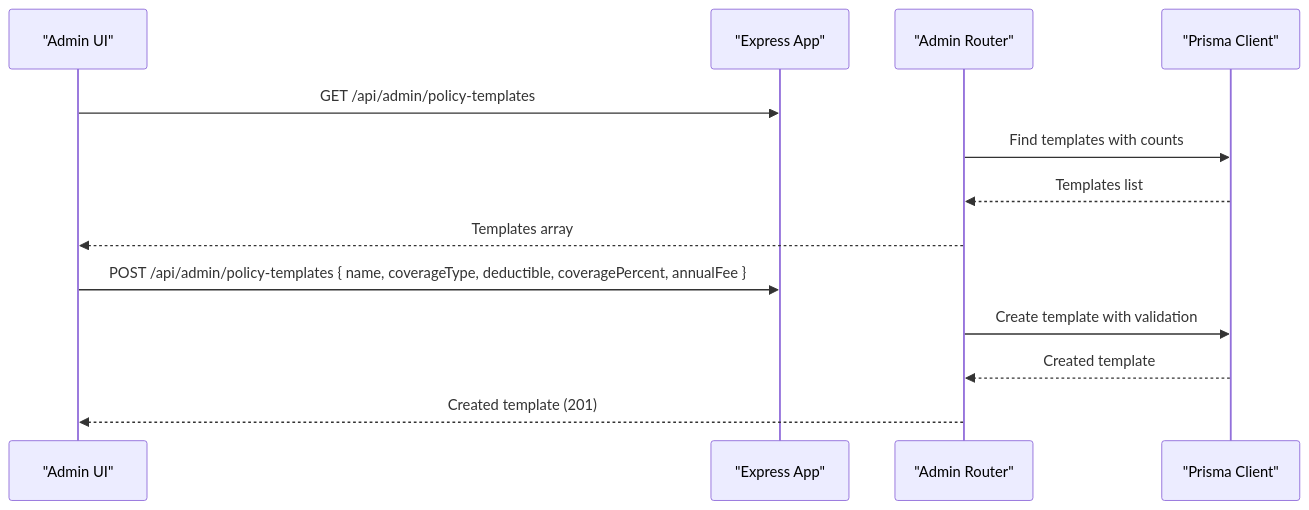
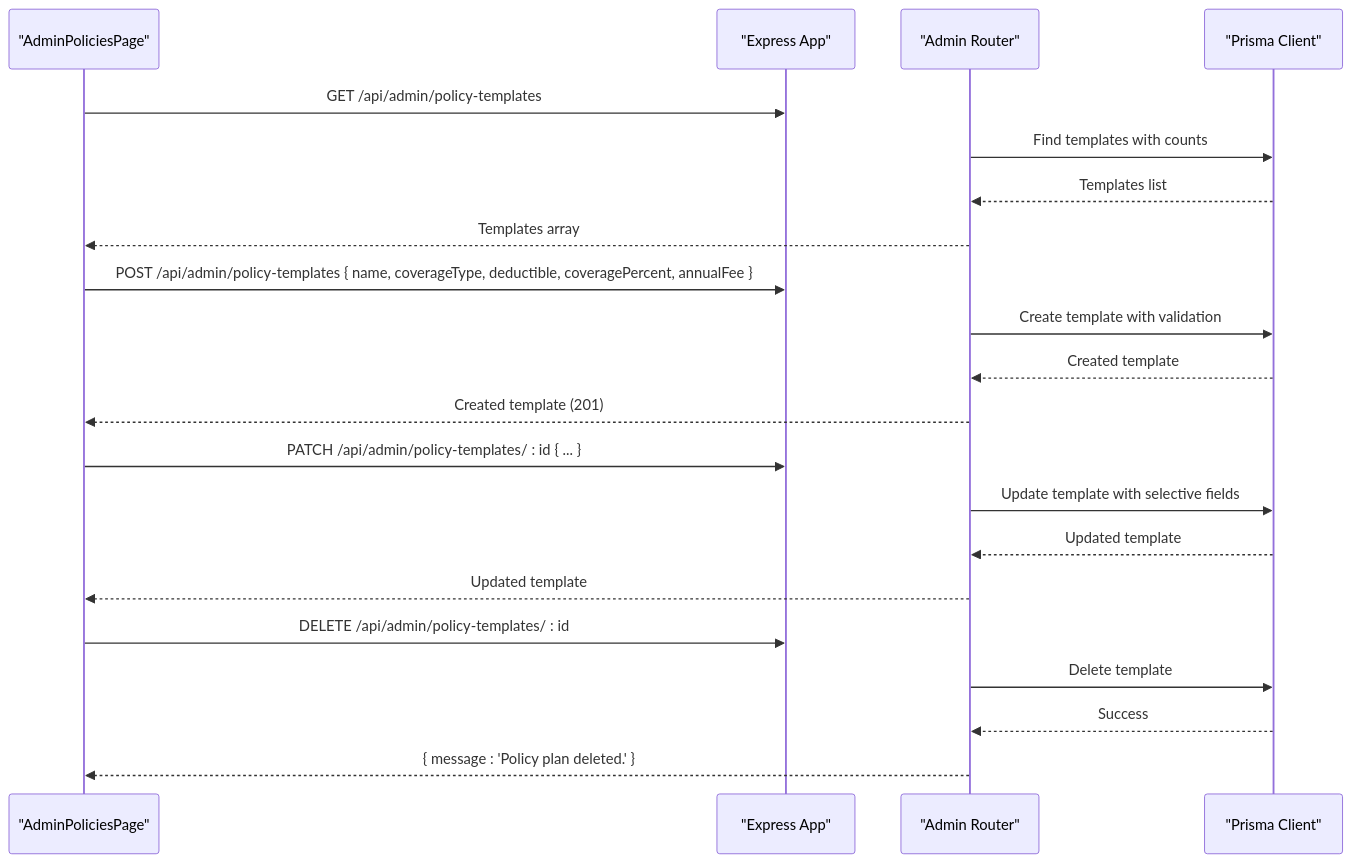
Before and after one commit to NaveenHiranya/Smart-Vehicle-Insurance-Claim-System: the tenth of 12 diagrams in .qoder/repowiki/en/content/Backend Documentation/API Endpoints Reference/Administrative Endpoints.md, drawn with Mermaid. The commit also changed other lines of this file and 38 other files, not shown here.

````diff
--- a/.qoder/repowiki/en/content/Backend Documentation/API Endpoints Reference/Administrative Endpoints.md
+++ b/.qoder/repowiki/en/content/Backend Documentation/API Endpoints Reference/Administrative Endpoints.md
@@ -433,15 +447,23 @@
 ```mermaid
 sequenceDiagram
-participant FE as "Admin UI"
+participant FE as "AdminPoliciesPage"
 participant API as "Express App"
 participant AR as "Admin Router"
 participant DB as "Prisma Client"
 FE->>API : GET /api/admin/policy-templates
 AR->>DB : Find templates with counts
 DB-->>AR : Templates list
 AR-->>FE : Templates array
 FE->>API : POST /api/admin/policy-templates { name, coverageType, deductible, coveragePercent, annualFee }
 AR->>DB : Create template with validation
 DB-->>AR : Created template
 AR-->>FE : Created template (201)
+FE->>API : PATCH /api/admin/policy-templates/ : id { ... }
+AR->>DB : Update template with selective fields
+DB-->>AR : Updated template
+AR-->>FE : Updated template
+FE->>API : DELETE /api/admin/policy-templates/ : id
+AR->>DB : Delete template
+DB-->>AR : Success
+AR-->>FE : { message : 'Policy plan deleted.' }
 ```
````
